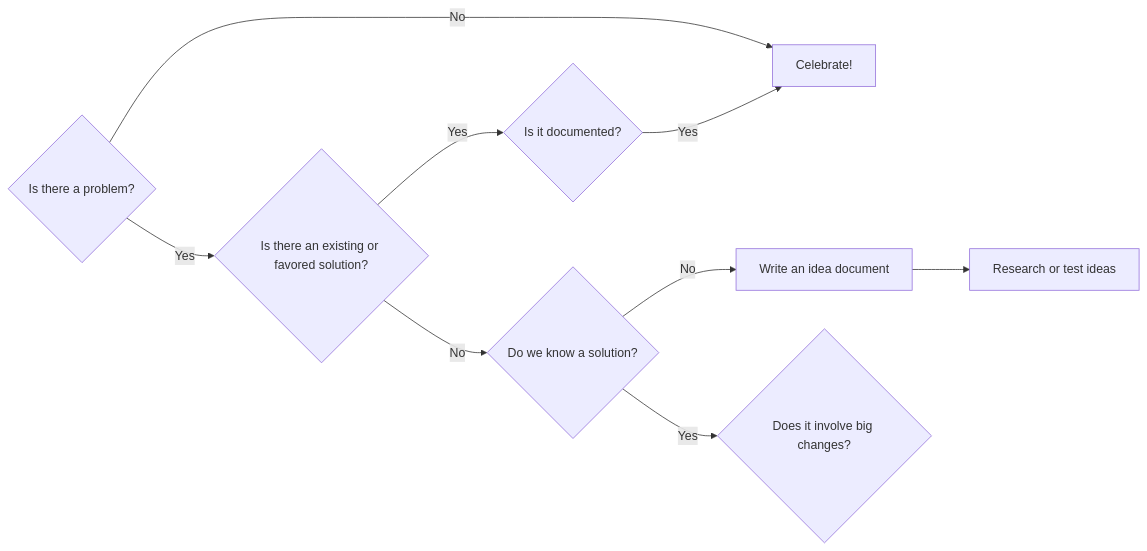
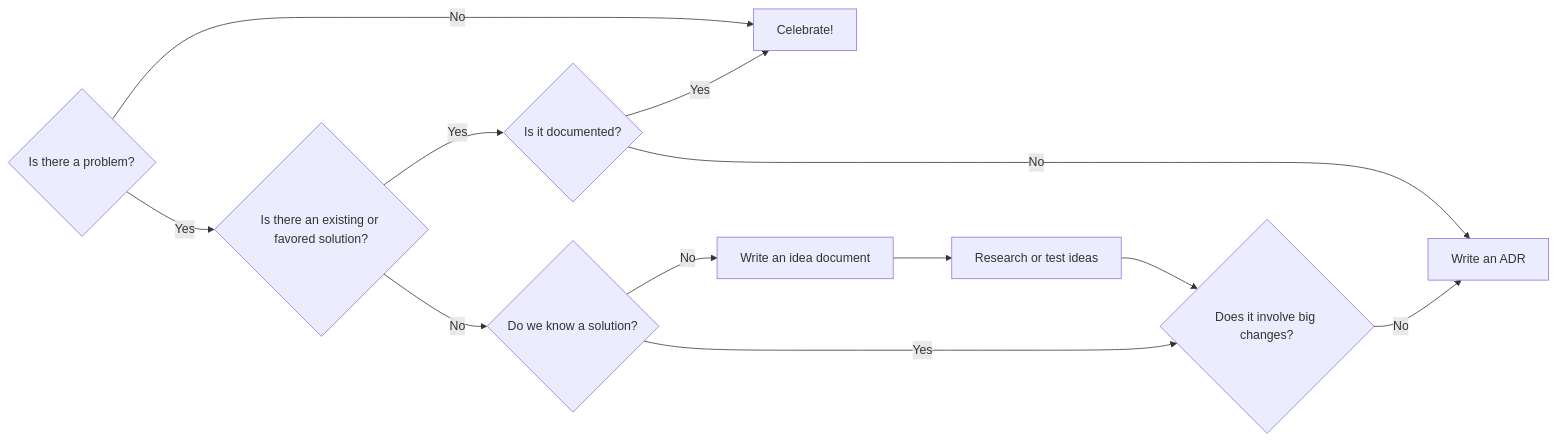
Before and after one commit to f1337/f1337.github.io: the diagram in flowchart.md, drawn with Mermaid. The commit also changed other lines of this file, not shown here.

Commit message:
flowchart.md updated from https://stackedit.io/

````diff
--- a/flowchart.md
+++ b/flowchart.md
@@ -3,13 +3,15 @@
 ```mermaid
 graph LR
 A{Is there a problem?} -- No --> B[Celebrate!]
 A -- Yes --> C{Is there an existing or favored solution?}
 C -- Yes --> D{Is it documented?}
 D -- Yes --> B
 C -- No --> E{Do we know a solution?}
 E -- No --> F[Write an idea document]
 F --> G[Research or test ideas]
-
-E -- Yes --> H{Does it involve big changes?}
+G --> H{Does it involve big changes?}
+E -- Yes --> H
+H -- No --> I[Write an ADR]
+D -- No --> I
 
 ```
````
